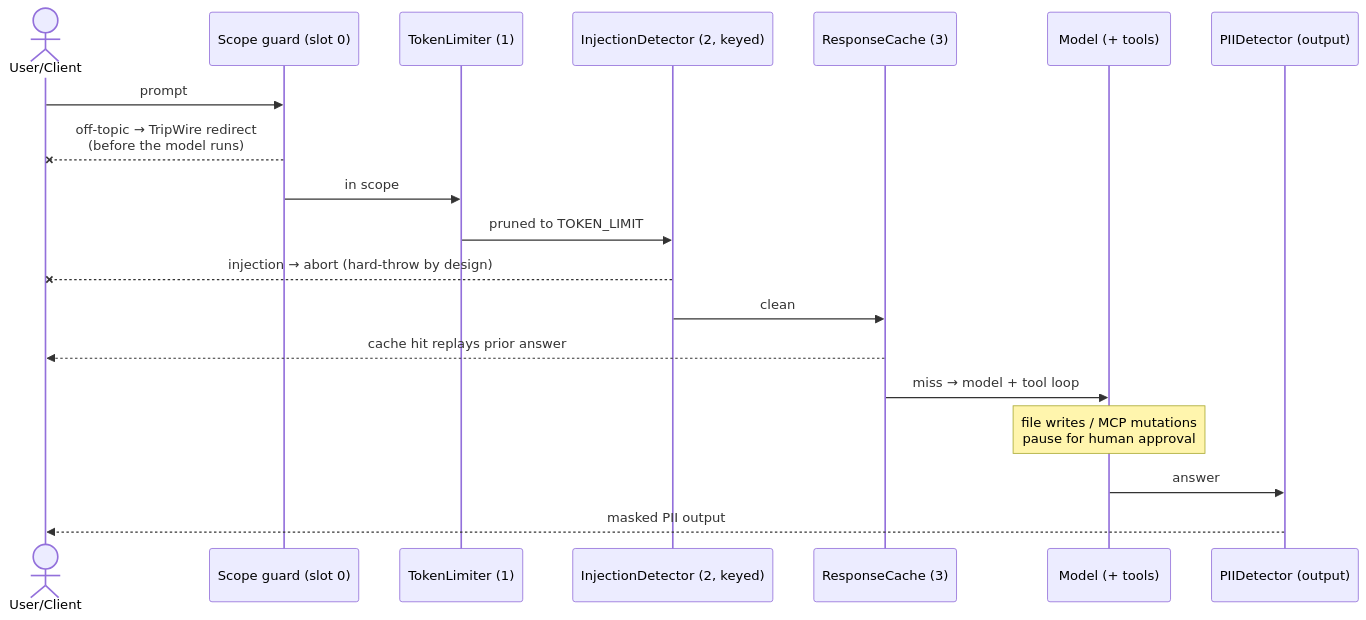
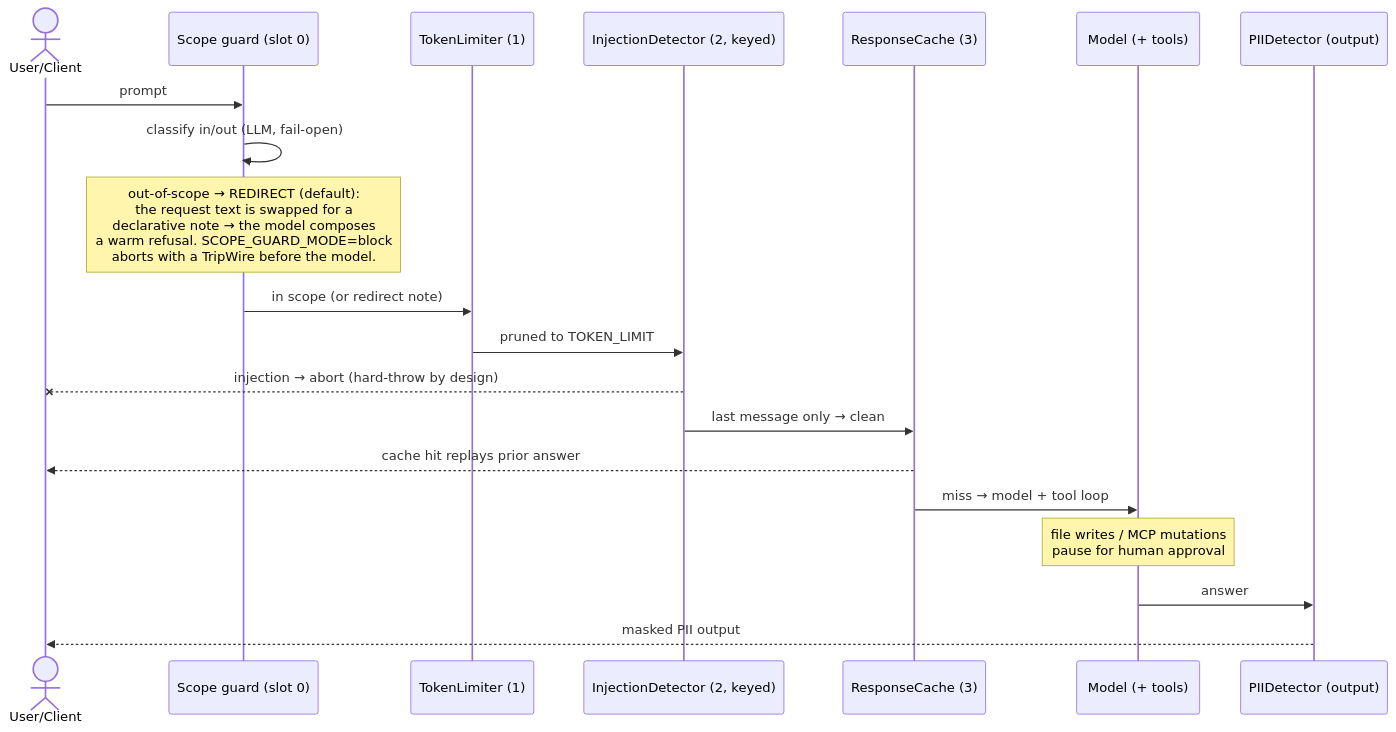
One commit to bobrobert13/mastra-agents-core-vertical-ddd-pills-included changed the second of 3 diagrams in README.md. Above: the diagram before and after it, drawn with Mermaid. The commit also changed other lines of this file, not shown here.

````diff
--- a/README.md
+++ b/README.md
@@ -90,22 +148,23 @@
 ```mermaid
 sequenceDiagram
     actor U as User/Client
     participant SG as Scope guard (slot 0)
     participant TL as TokenLimiter (1)
     participant PID as InjectionDetector (2, keyed)
     participant RC as ResponseCache (3)
     participant LLM as Model (+ tools)
     participant PII as PIIDetector (output)
 
     U->>SG: prompt
-    SG--xU: off-topic → TripWire redirect<br/>(before the model runs)
-    SG->>TL: in scope
+    SG->>SG: classify in/out (LLM, fail-open)
+    Note over SG: out-of-scope → REDIRECT (default):<br/>the request text is swapped for a<br/>declarative note → the model composes<br/>a warm refusal. SCOPE_GUARD_MODE=block<br/>aborts with a TripWire before the model.
+    SG->>TL: in scope (or redirect note)
     TL->>PID: pruned to TOKEN_LIMIT
     PID--xU: injection → abort (hard-throw by design)
-    PID->>RC: clean
+    PID->>RC: last message only → clean
     RC-->>U: cache hit replays prior answer
     RC->>LLM: miss → model + tool loop
     Note over LLM: file writes / MCP mutations<br/>pause for human approval
     LLM->>PII: answer
     PII-->>U: masked PII output
 ```
````
